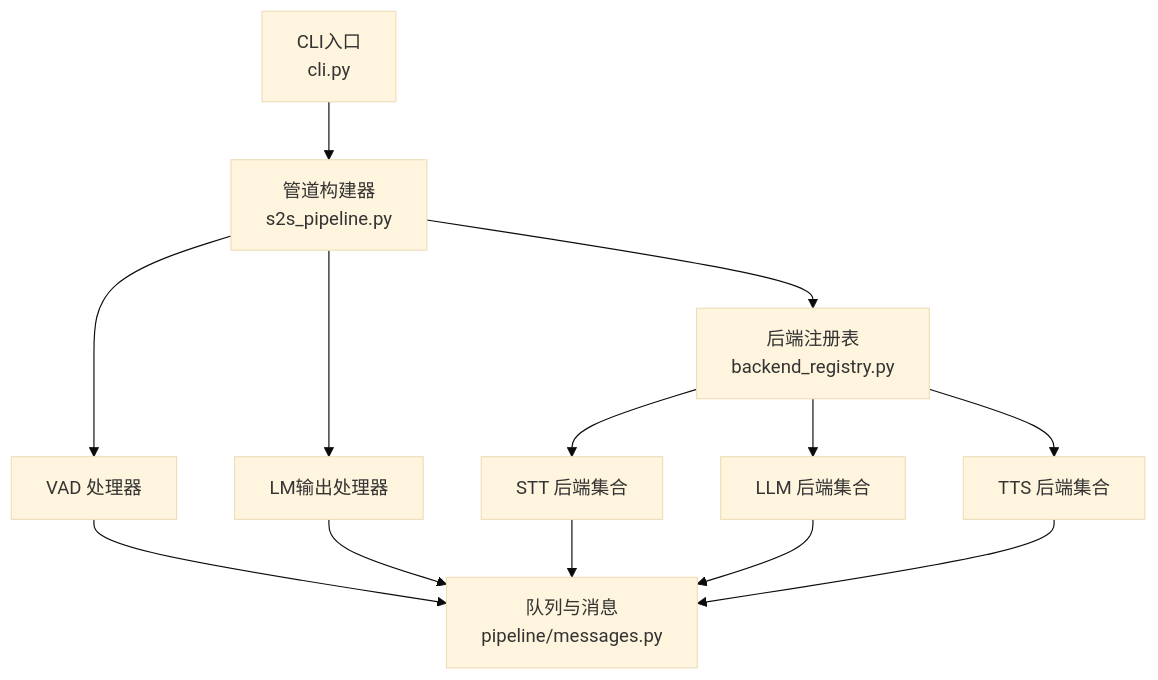
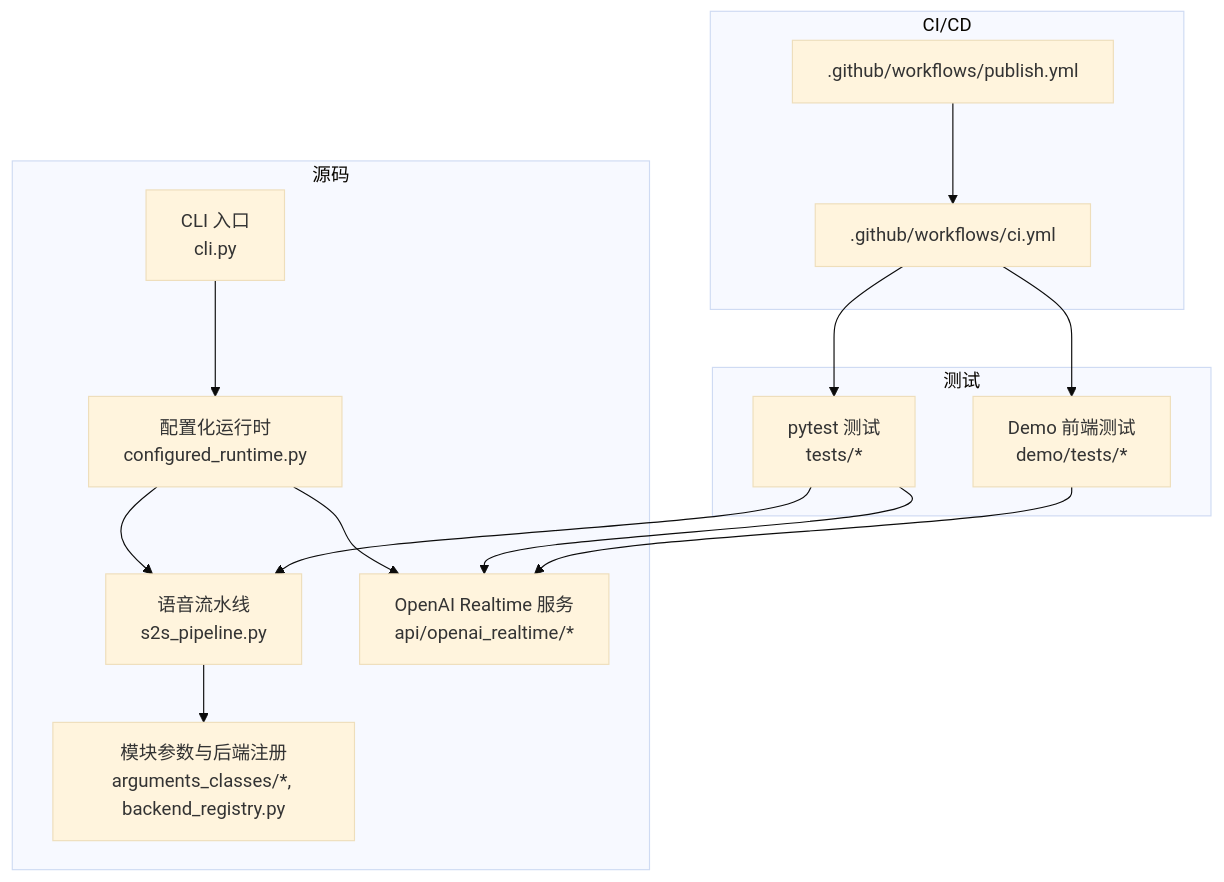
The first of 9 diagrams in .qoder/repowiki/zh/content/开发者指南.md (joezxh/speech-to-speech), drawn with Mermaid (base theme) before and after one commit. The commit also changed other lines of this file and 202 other files, not shown here.

````diff
--- a/.qoder/repowiki/zh/content/开发者指南.md
+++ b/.qoder/repowiki/zh/content/开发者指南.md
@@ -43,15 +50,28 @@
 ```mermaid
 graph TB
-A["CLI入口<br/>cli.py"] --> B["管道构建器<br/>s2s_pipeline.py"]
-B --> C["后端注册表<br/>backend_registry.py"]
-C --> D["STT 后端集合"]
-C --> E["LLM 后端集合"]
-C --> F["TTS 后端集合"]
-B --> G["VAD 处理器"]
-B --> H["LM输出处理器"]
-G --> I["队列与消息<br/>pipeline/messages.py"]
-H --> I
-D --> I
-E --> I
-F --> I
+subgraph "源码"
+CLI["CLI 入口<br/>cli.py"]
+Runtime["配置化运行时<br/>configured_runtime.py"]
+Pipeline["语音流水线<br/>s2s_pipeline.py"]
+API["OpenAI Realtime 服务<br/>api/openai_realtime/*"]
+Modules["模块参数与后端注册<br/>arguments_classes/*, backend_registry.py"]
+end
+subgraph "测试"
+PyTest["pytest 测试<br/>tests/*"]
+DemoTests["Demo 前端测试<br/>demo/tests/*"]
+end
+subgraph "CI/CD"
+CI[".github/workflows/ci.yml"]
+Publish[".github/workflows/publish.yml"]
+end
+CLI --> Runtime
+Runtime --> Pipeline
+Runtime --> API
+Pipeline --> Modules
+PyTest --> API
+PyTest --> Pipeline
+DemoTests --> API
+CI --> PyTest
+CI --> DemoTests
+Publish --> CI
 ```
````
